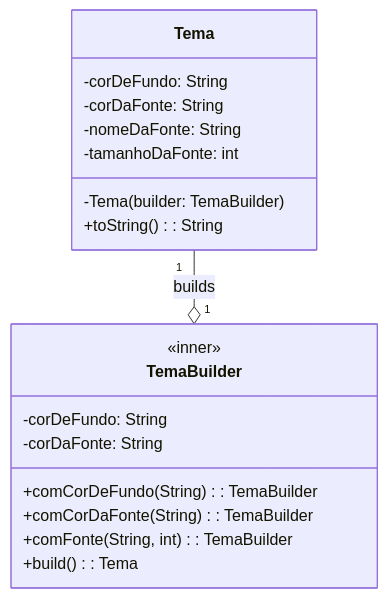
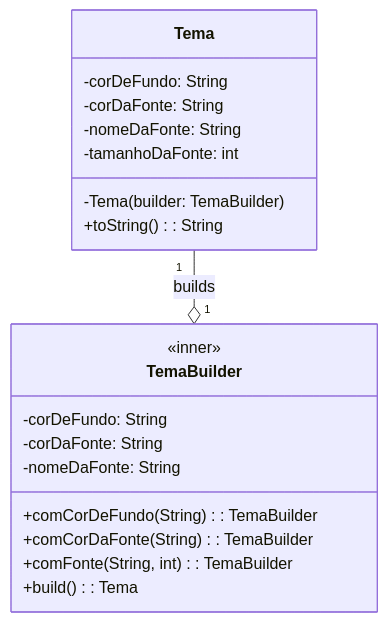
One commit to delanohelio/aps changed the first of 2 diagrams in 1-criacionais/5-exercicio.md. Above: the diagram before and after it, drawn with Mermaid.

````diff
--- a/1-criacionais/5-exercicio.md
+++ b/1-criacionais/5-exercicio.md
@@ -16,23 +16,24 @@
 ```mermaid
 classDiagram
     class Tema {
         -corDeFundo: String
         -corDaFonte: String
         -nomeDaFonte: String
         -tamanhoDaFonte: int
         -Tema(builder: TemaBuilder)
         +toString(): String
     }
 
     class TemaBuilder {
         <<inner>>
         -corDeFundo: String
         -corDaFonte: String
+        -nomeDaFonte: String
         +comCorDeFundo(String): TemaBuilder
         +comCorDaFonte(String): TemaBuilder
         +comFonte(String, int): TemaBuilder
         +build(): Tema
     }
 
     Tema "1" --o "1" TemaBuilder : builds
 ```
````
